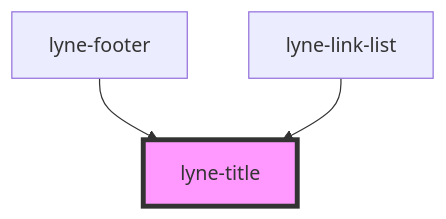
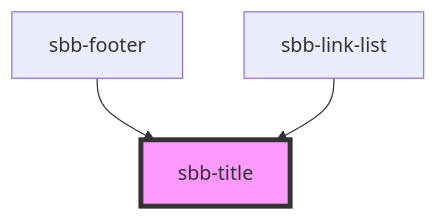
One commit to sbb-design-systems/lyne-components changed the diagram in src/components/sbb-title/readme.md. Above: the diagram before and after it, drawn with Mermaid. The commit also changed other lines of this file and 348 other files, not shown here.

Commit message:
refactor: 'lyne' prefix renamed to 'sbb'

````diff
--- a/src/components/sbb-title/readme.md
+++ b/src/components/sbb-title/readme.md
@@ -26,6 +26,6 @@
 ```mermaid
 graph TD;
-  lyne-footer --> lyne-title
-  lyne-link-list --> lyne-title
-  style lyne-title fill:#f9f,stroke:#333,stroke-width:4px
+  sbb-footer --> sbb-title
+  sbb-link-list --> sbb-title
+  style sbb-title fill:#f9f,stroke:#333,stroke-width:4px
 ```
````
